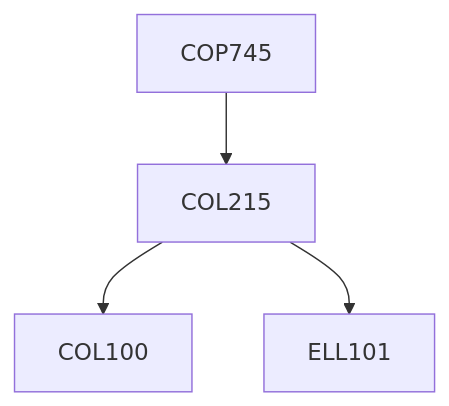
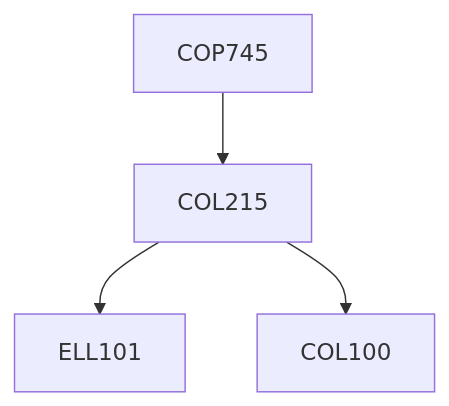
Before and after one commit to KeshavBansal0122/CoS_Website: the diagram in content/Computer Science and Engineering/COP745.md, drawn with Mermaid. The commit also changed other lines of this file and 2662 other files, not shown here.

````diff
--- a/content/Computer Science and Engineering/COP745.md
+++ b/content/Computer Science and Engineering/COP745.md
@@ -13,10 +13,10 @@
 ```mermaid
 flowchart TD
 COP745-247[COP745]
+COP745-247 --> COL215-247[COL215]
+COL215-247 --> ELL101-247[ELL101]
 COL215-247 --> COL100-247[COL100]
-COL215-247 --> ELL101-247[ELL101]
-COP745-247 --> COL215-247[COL215]
 
 classDef empty height:17px, fill:transparent, stroke:transparent;
 classDef trueEmpty height:0px, width:0px;
 ```
````
